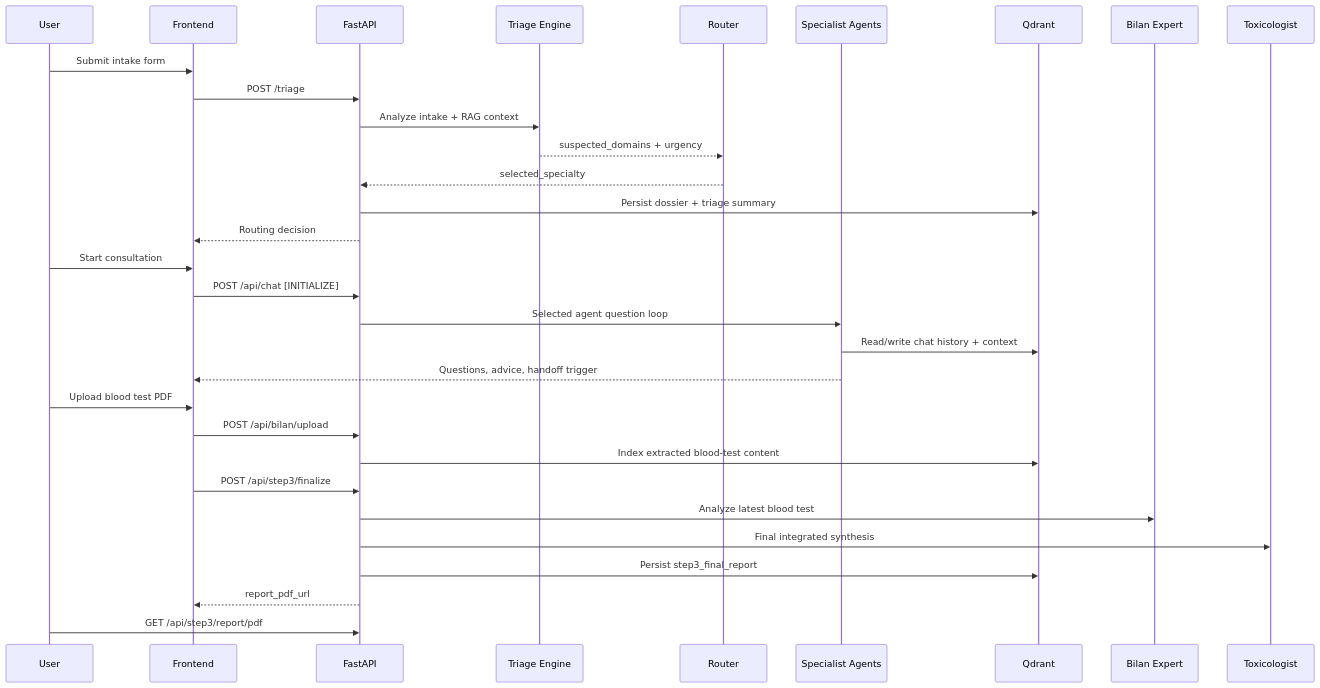
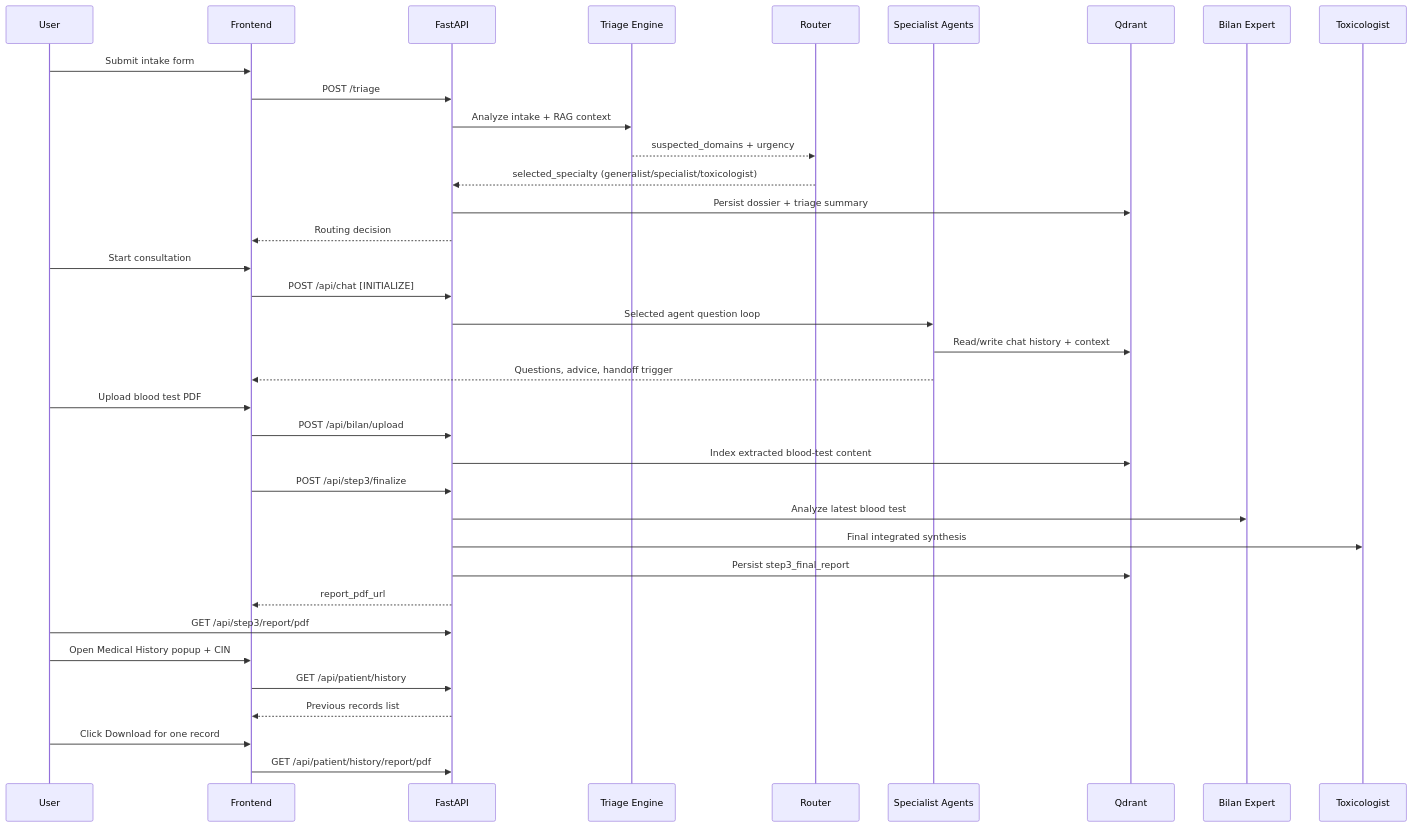
One commit to omarfh111/Gabesi-AIGuardian changed the second of 2 diagrams in README.md. Above: the diagram before and after it, drawn with Mermaid. The commit also changed other lines of this file and 4 other files, not shown here.

````diff
--- a/README.md
+++ b/README.md
@@ -83,36 +97,42 @@
 ```mermaid
 sequenceDiagram
     participant U as User
     participant FE as Frontend
     participant API as FastAPI
     participant TRI as Triage Engine
     participant RTR as Router
     participant AG as Specialist Agents
     participant QD as Qdrant
     participant BL as Bilan Expert
     participant TOX as Toxicologist
 
     U->>FE: Submit intake form
     FE->>API: POST /triage
     API->>TRI: Analyze intake + RAG context
     TRI-->>RTR: suspected_domains + urgency
-    RTR-->>API: selected_specialty
+    RTR-->>API: selected_specialty (generalist/specialist/toxicologist)
     API->>QD: Persist dossier + triage summary
     API-->>FE: Routing decision
 
     U->>FE: Start consultation
     FE->>API: POST /api/chat [INITIALIZE]
     API->>AG: Selected agent question loop
     AG->>QD: Read/write chat history + context
     AG-->>FE: Questions, advice, handoff trigger
 
     U->>FE: Upload blood test PDF
     FE->>API: POST /api/bilan/upload
     API->>QD: Index extracted blood-test content
     FE->>API: POST /api/step3/finalize
     API->>BL: Analyze latest blood test
     API->>TOX: Final integrated synthesis
     API->>QD: Persist step3_final_report
     API-->>FE: report_pdf_url
     U->>API: GET /api/step3/report/pdf
+
+    U->>FE: Open Medical History popup + CIN
+    FE->>API: GET /api/patient/history
+    API-->>FE: Previous records list
+    U->>FE: Click Download for one record
+    FE->>API: GET /api/patient/history/report/pdf
 ```
````
